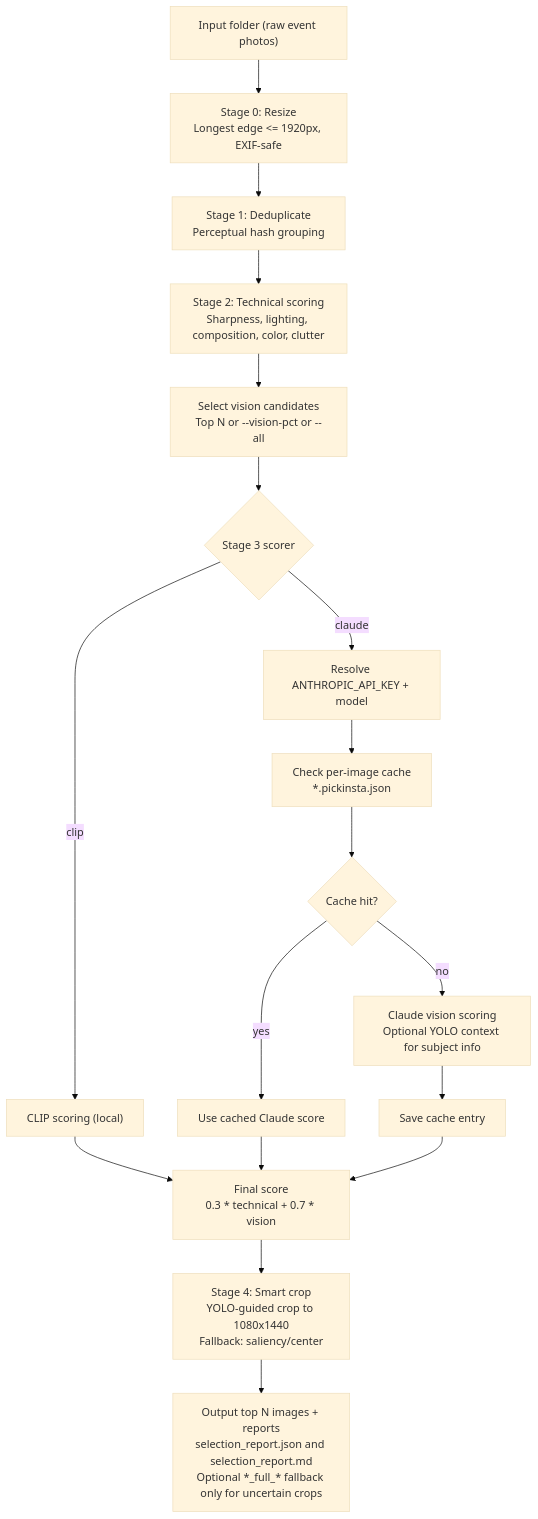
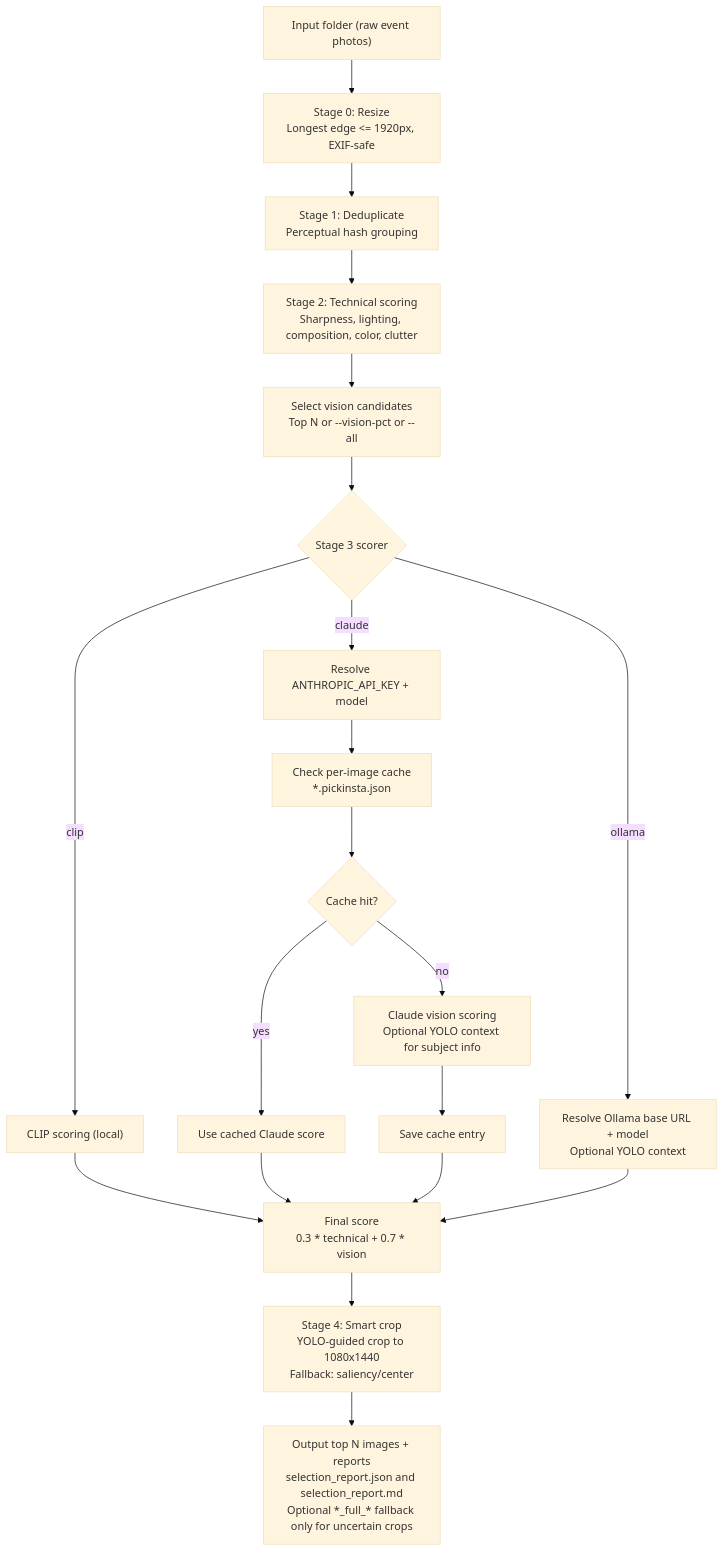
One commit to renatobo/pickinsta changed the diagram in README.md. Above: the diagram before and after it, drawn with Mermaid (base theme). The commit also changed other lines of this file and 6 other files, not shown here.

````diff
--- a/README.md
+++ b/README.md
@@ -33,23 +33,25 @@
 ```mermaid
 flowchart TD
     A["Input folder (raw event photos)"] --> B["Stage 0: Resize<br/>Longest edge <= 1920px, EXIF-safe"]
     B --> C["Stage 1: Deduplicate<br/>Perceptual hash grouping"]
     C --> D["Stage 2: Technical scoring<br/>Sharpness, lighting, composition, color, clutter"]
     D --> E["Select vision candidates<br/>Top N or --vision-pct or --all"]
     E --> F{"Stage 3 scorer"}
 
     F -->|clip| G["CLIP scoring (local)"]
     F -->|claude| H["Resolve ANTHROPIC_API_KEY + model"]
     H --> I["Check per-image cache<br/>*.pickinsta.json"]
     I --> J{"Cache hit?"}
     J -->|yes| K["Use cached Claude score"]
     J -->|no| L["Claude vision scoring<br/>Optional YOLO context for subject info"]
     L --> M["Save cache entry"]
+    F -->|ollama| Q["Resolve Ollama base URL + model<br/>Optional YOLO context"]
 
     G --> N["Final score<br/>0.3 * technical + 0.7 * vision"]
     K --> N
     M --> N
+    Q --> N
 
     N --> O["Stage 4: Smart crop<br/>YOLO-guided crop to 1080x1440<br/>Fallback: saliency/center"]
     O --> P["Output top N images + reports<br/>selection_report.json and selection_report.md<br/>Optional *_full_* fallback only for uncertain crops"]
 ```
````
